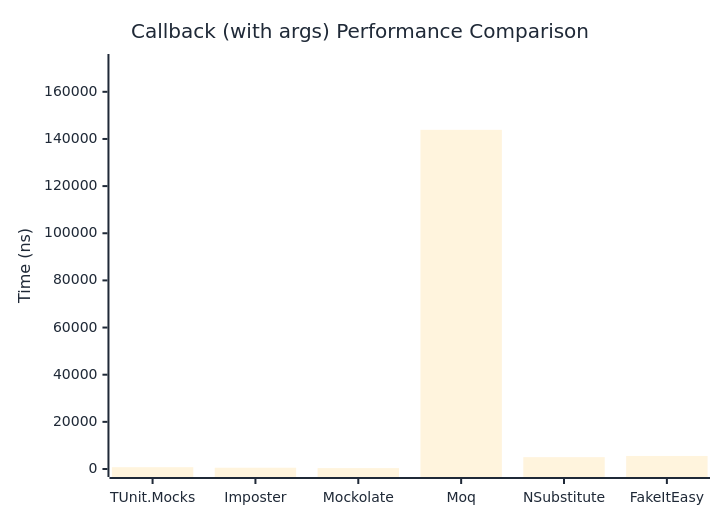
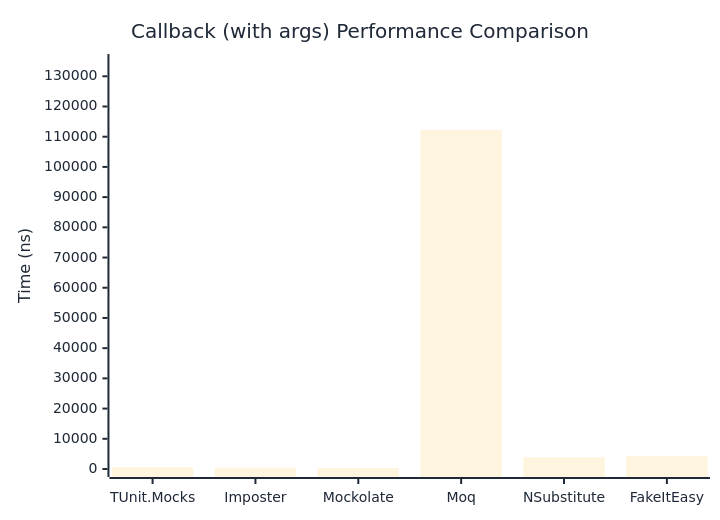
The second of 2 diagrams in docs/docs/benchmarks/mocks/Callback.md (thomhurst/TUnit), drawn with Mermaid before and after one commit. The commit also changed other lines of this file and 14 other files, not shown here.

````diff
--- a/docs/docs/benchmarks/mocks/Callback.md
+++ b/docs/docs/benchmarks/mocks/Callback.md
@@ -71,27 +71,27 @@
 ```mermaid
 %%{init: {
   'theme':'base',
   'themeVariables': {
     'primaryColor': '#2563eb',
     'primaryTextColor': '#1f2937',
     'primaryBorderColor': '#1e40af',
     'lineColor': '#6b7280',
     'secondaryColor': '#7c3aed',
     'tertiaryColor': '#dc2626',
     'background': '#ffffff',
     'pie1': '#2563eb',
     'pie2': '#7c3aed',
     'pie3': '#dc2626',
     'pie4': '#f59e0b',
     'pie5': '#10b981',
     'pie6': '#06b6d4',
     'pie7': '#ec4899',
     'pie8': '#6366f1'
   }
 }}%%
 xychart-beta
   title "Callback (with args) Performance Comparison"
   x-axis ["TUnit.Mocks", "Imposter", "Mockolate", "Moq", "NSubstitute", "FakeItEasy"]
-  y-axis "Time (ns)" 0 --> 172643
-  bar [763.8, 535.7, 386.1, 143868.5, 5027.6, 5530.5]
+  y-axis "Time (ns)" 0 --> 134729
+  bar [599.9, 414, 304.8, 112273.8, 3942.5, 4349.1]
 ```
````
